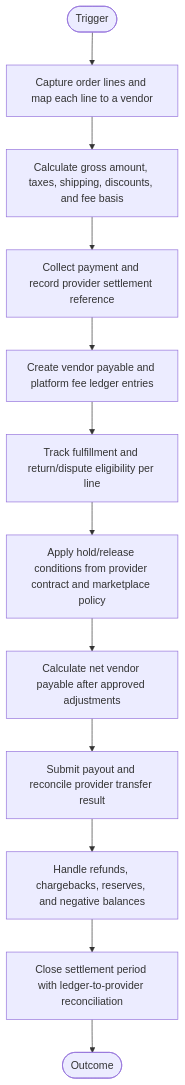
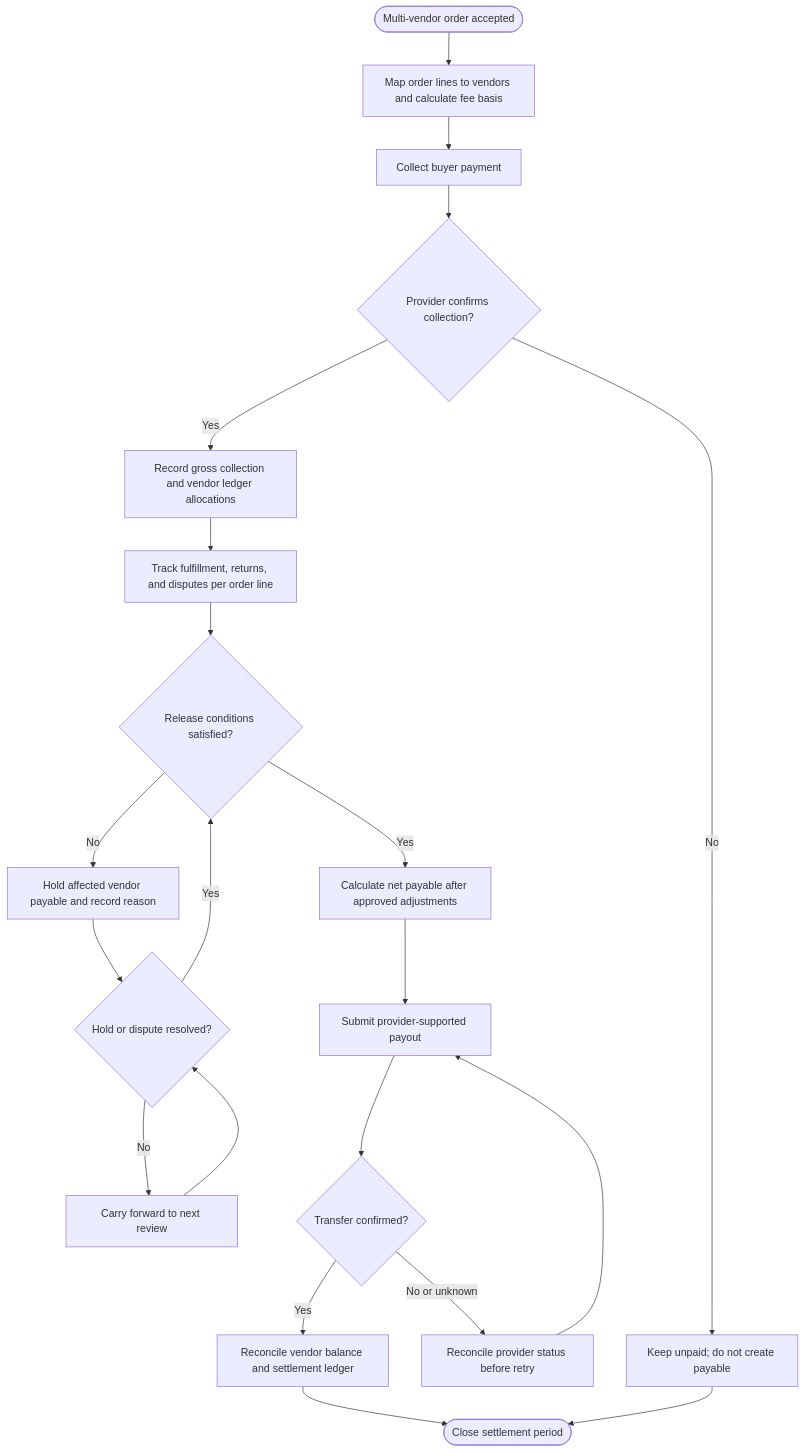
Before and after one commit to reviveproject4-source/visual-business-flows: the first of 3 diagrams in 03-financial-and-billing/multi-vendor-escrow-split.md, drawn with Mermaid. The commit also changed other lines of this file and 14 other files, not shown here.

First line of the commit message:
Align workflow diagrams with business rules and exceptions

````diff
--- a/03-financial-and-billing/multi-vendor-escrow-split.md
+++ b/03-financial-and-billing/multi-vendor-escrow-split.md
@@ -55,24 +55,23 @@
 ```mermaid
 flowchart TD
-    Start([Trigger]) --> S1
-    S1[Capture order lines and map each line to a vendor]
-    S2[Calculate gross amount, taxes, shipping, discounts, and fee basis]
-    S3[Collect payment and record provider settlement reference]
-    S4[Create vendor payable and platform fee ledger entries]
-    S5[Track fulfillment and return/dispute eligibility per line]
-    S6[Apply hold/release conditions from provider contract and marketplace policy]
-    S7[Calculate net vendor payable after approved adjustments]
-    S8[Submit payout and reconcile provider transfer result]
-    S9[Handle refunds, chargebacks, reserves, and negative balances]
-    S10[Close settlement period with ledger-to-provider reconciliation]
-    S1 --> S2
-    S2 --> S3
-    S3 --> S4
-    S4 --> S5
-    S5 --> S6
-    S6 --> S7
-    S7 --> S8
-    S8 --> S9
-    S9 --> S10
-    S10 --> End([Outcome])
+    A([Multi-vendor order accepted]) --> B[Map order lines to vendors and calculate fee basis]
+    B --> C[Collect buyer payment]
+    C --> D{Provider confirms collection?}
+    D -->|No| X[Keep unpaid; do not create payable]
+    D -->|Yes| E[Record gross collection and vendor ledger allocations]
+    E --> F[Track fulfillment, returns, and disputes per order line]
+    F --> G{Release conditions satisfied?}
+    G -->|No| H[Hold affected vendor payable and record reason]
+    H --> I{Hold or dispute resolved?}
+    I -->|No| J[Carry forward to next review]
+    J --> I
+    I -->|Yes| G
+    G -->|Yes| K[Calculate net payable after approved adjustments]
+    K --> L[Submit provider-supported payout]
+    L --> M{Transfer confirmed?}
+    M -->|No or unknown| N[Reconcile provider status before retry]
+    N --> L
+    M -->|Yes| O[Reconcile vendor balance and settlement ledger]
+    O --> P([Close settlement period])
+    X --> P
 ```
````
